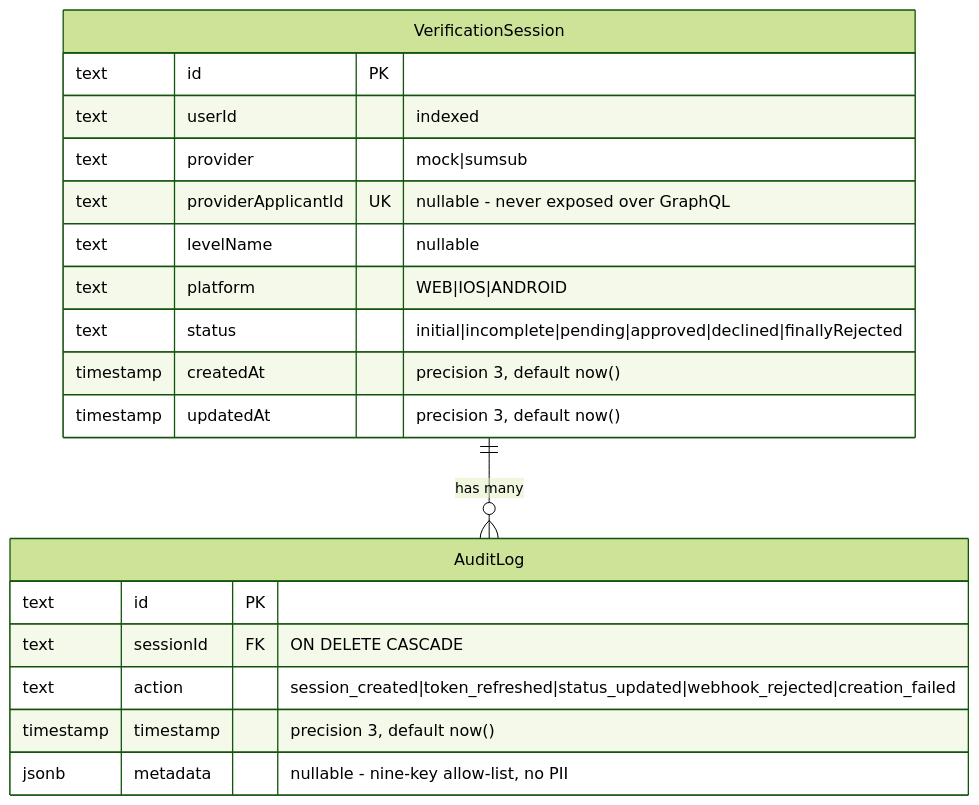
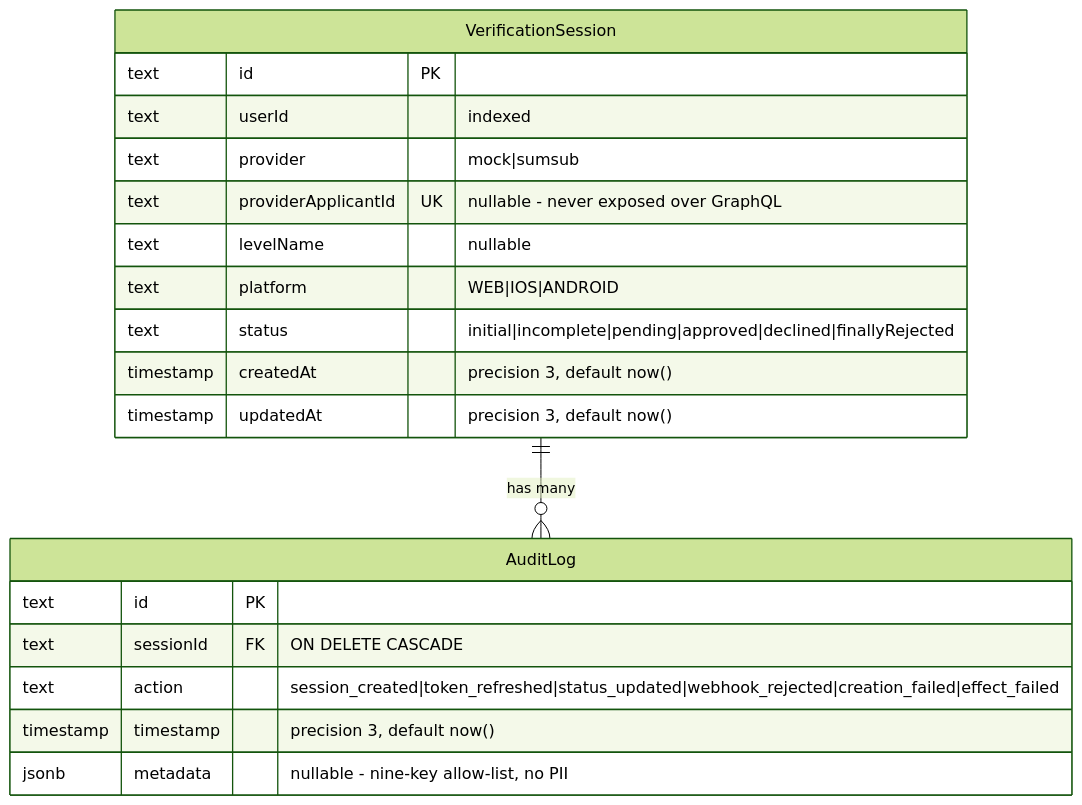
The diagram in docs/diagrams/src/database-erd.mmd (blinkbitcoin/kyc), drawn with Mermaid (forest theme) before and after one commit. The commit also changed 16 other files, not shown here.

```diff
--- a/docs/diagrams/src/database-erd.mmd
+++ b/docs/diagrams/src/database-erd.mmd
@@ -1,22 +1,22 @@
 erDiagram
     VerificationSession ||--o{ AuditLog : "has many"
 
     VerificationSession {
         text id PK
         text userId "indexed"
         text provider "mock|sumsub"
         text providerApplicantId UK "nullable - never exposed over GraphQL"
         text levelName "nullable"
         text platform "WEB|IOS|ANDROID"
         text status "initial|incomplete|pending|approved|declined|finallyRejected"
         timestamp createdAt "precision 3, default now()"
         timestamp updatedAt "precision 3, default now()"
     }
 
     AuditLog {
         text id PK
         text sessionId FK "ON DELETE CASCADE"
-        text action "session_created|token_refreshed|status_updated|webhook_rejected|creation_failed"
+        text action "session_created|token_refreshed|status_updated|webhook_rejected|creation_failed|effect_failed"
         timestamp timestamp "precision 3, default now()"
         jsonb metadata "nullable - nine-key allow-list, no PII"
     }
```
